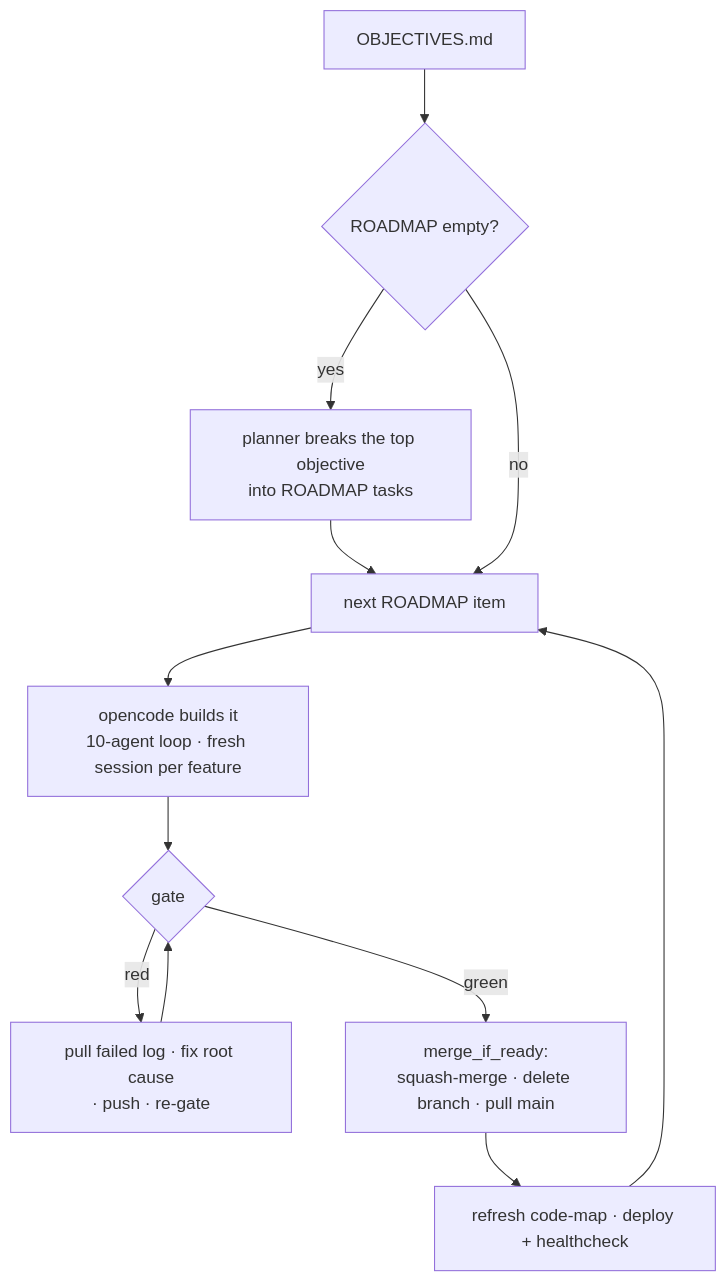
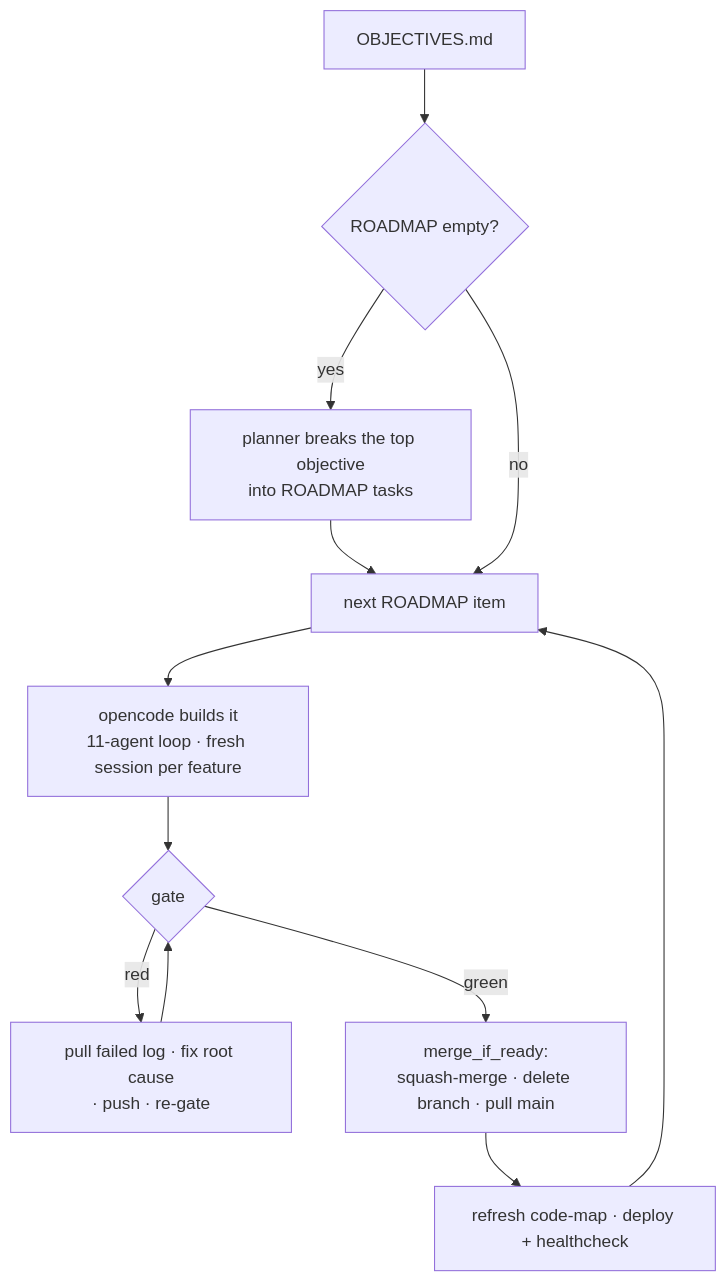
Before and after one commit to buagi/ace: the diagram in docs/autorun.md, drawn with Mermaid. The commit also changed other lines of this file and 9 other files, not shown here.

````diff
--- a/docs/autorun.md
+++ b/docs/autorun.md
@@ -7,14 +7,14 @@
 ```mermaid
 flowchart TD
     O["OBJECTIVES.md"] --> E{"ROADMAP empty?"}
     E -->|"yes"| P["planner breaks the top objective<br/>into ROADMAP tasks"]
     P --> N["next ROADMAP item"]
     E -->|"no"| N
-    N --> B["opencode builds it<br/>10-agent loop · fresh session per feature"]
+    N --> B["opencode builds it<br/>11-agent loop · fresh session per feature"]
     B --> G{"gate"}
     G -->|"red"| F["pull failed log · fix root cause<br/>· push · re-gate"]
     F --> G
     G -->|"green"| M["merge_if_ready:<br/>squash-merge · delete branch · pull main"]
     M --> R["refresh code-map · deploy + healthcheck"]
     R --> N
 ```
````
